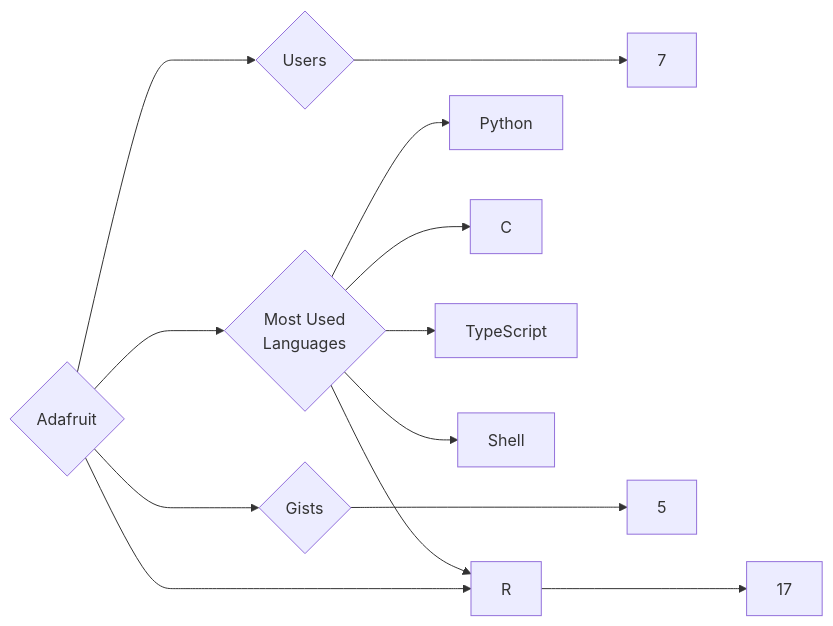
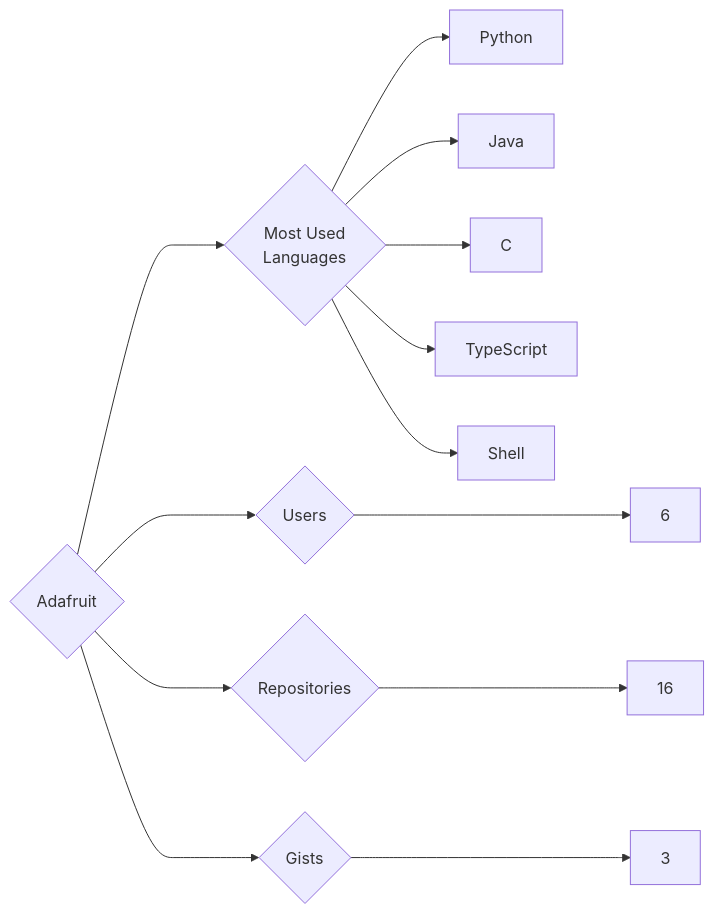
Before and after one commit to trickest/insiders: the diagram in targets/Adafruit/README.md, drawn with Mermaid. The commit also changed 1092 other files, not shown here.

````diff
--- a/targets/Adafruit/README.md
+++ b/targets/Adafruit/README.md
@@ -3,13 +3,13 @@
 ```mermaid
 graph LR
 COMPANY_NAME{Adafruit}
-COMPANY_NAME ---> U{Users} ---> UN[7]
-COMPANY_NAME ---> R{Repositories} ---> RN[17]
-COMPANY_NAME ---> G{Gists} ---> GN[5]
+COMPANY_NAME ---> U{Users} ---> UN[6]
+COMPANY_NAME ---> R{Repositories} ---> RN[16]
+COMPANY_NAME ---> G{Gists} ---> GN[3]
 COMPANY_NAME ---> ML{Most Used<br>Languages}
 ML --> Python[Python]
+ML --> Java[Java]
 ML --> C[C]
 ML --> TypeScript[TypeScript]
 ML --> Shell[Shell]
-ML --> R[R]
 ```
````
